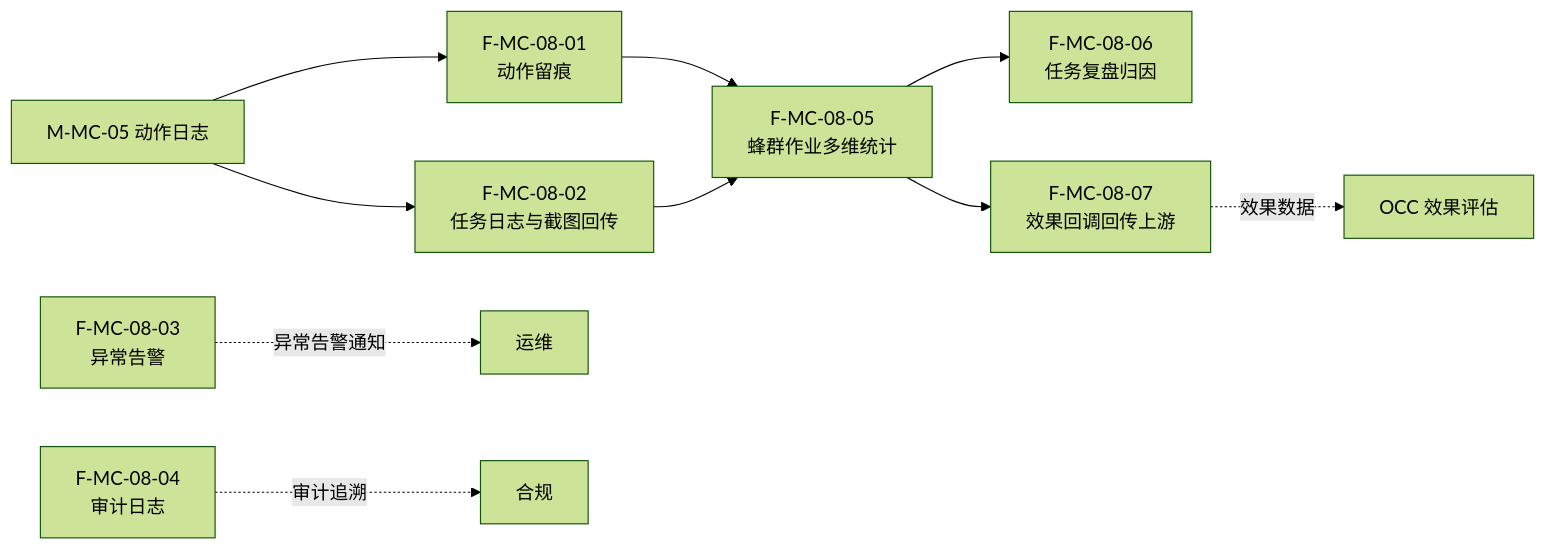
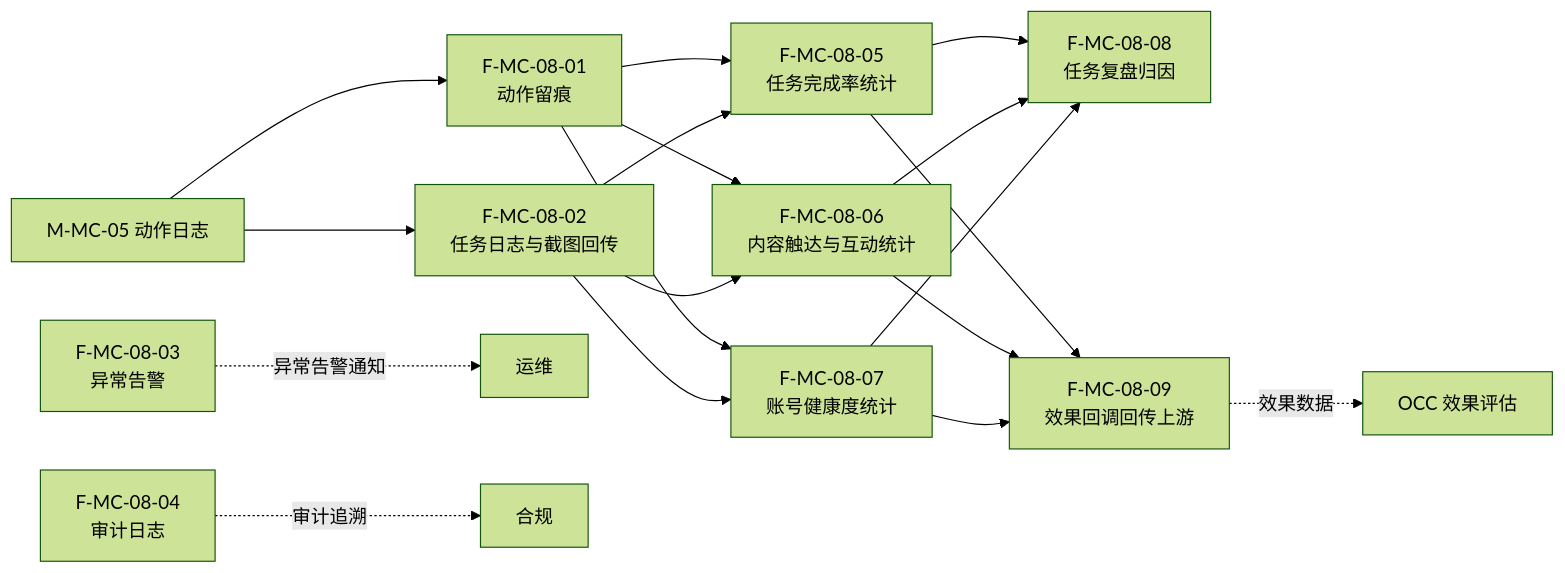
Diagram 18 of 47 in 公司项目/认知作战/文档/软件概要设计-架构图.md (Sj-g/obsidian), drawn with Mermaid (forest theme) before and after one commit. The commit also changed other lines of this file and 2 other files, not shown here.

````diff
--- a/公司项目/认知作战/文档/软件概要设计-架构图.md
+++ b/公司项目/认知作战/文档/软件概要设计-架构图.md
@@ -425,18 +429,20 @@
 ```mermaid
 flowchart LR
     F0801["F-MC-08-01<br/>动作留痕"]
     F0802["F-MC-08-02<br/>任务日志与截图回传"]
     F0803["F-MC-08-03<br/>异常告警"]
     F0804["F-MC-08-04<br/>审计日志"]
-    F0805["F-MC-08-05<br/>蜂群作业多维统计"]
-    F0806["F-MC-08-06<br/>任务复盘归因"]
-    F0807["F-MC-08-07<br/>效果回调回传上游"]
+    F0805["F-MC-08-05<br/>任务完成率统计"]
+    F0806["F-MC-08-06<br/>内容触达与互动统计"]
+    F0807["F-MC-08-07<br/>账号健康度统计"]
+    F0808["F-MC-08-08<br/>任务复盘归因"]
+    F0809["F-MC-08-09<br/>效果回调回传上游"]
 
     EXT["M-MC-05 动作日志"] --> F0801 & F0802
-    F0801 & F0802 --> F0805
-    F0805 --> F0806
-    F0805 --> F0807
+    F0801 & F0802 --> F0805 & F0806 & F0807
+    F0805 & F0806 & F0807 --> F0808
+    F0805 & F0806 & F0807 --> F0809
     F0803 -.->|"异常告警通知"| EXT2["运维"]
     F0804 -.->|"审计追溯"| EXT3["合规"]
-    F0807 -.->|"效果数据"| OCC["OCC 效果评估"]
+    F0809 -.->|"效果数据"| OCC["OCC 效果评估"]
 ```
````
